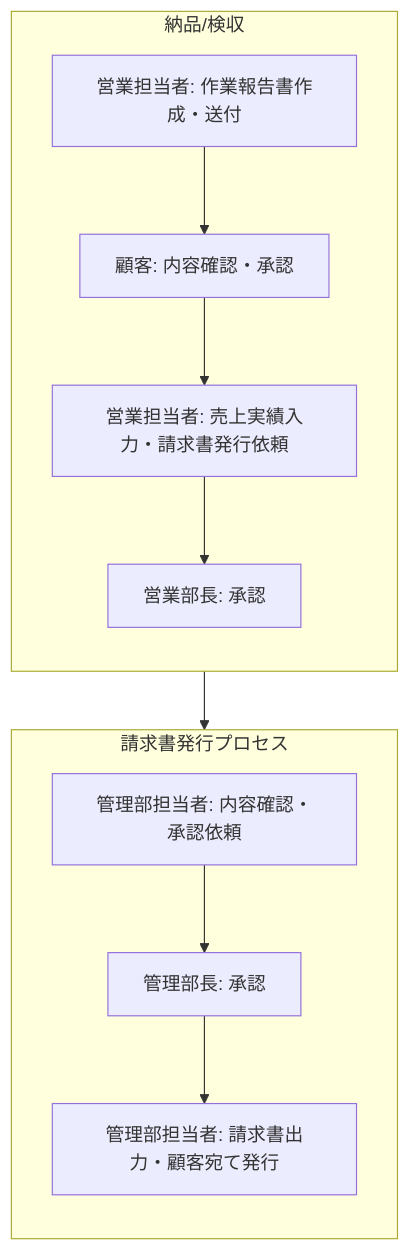
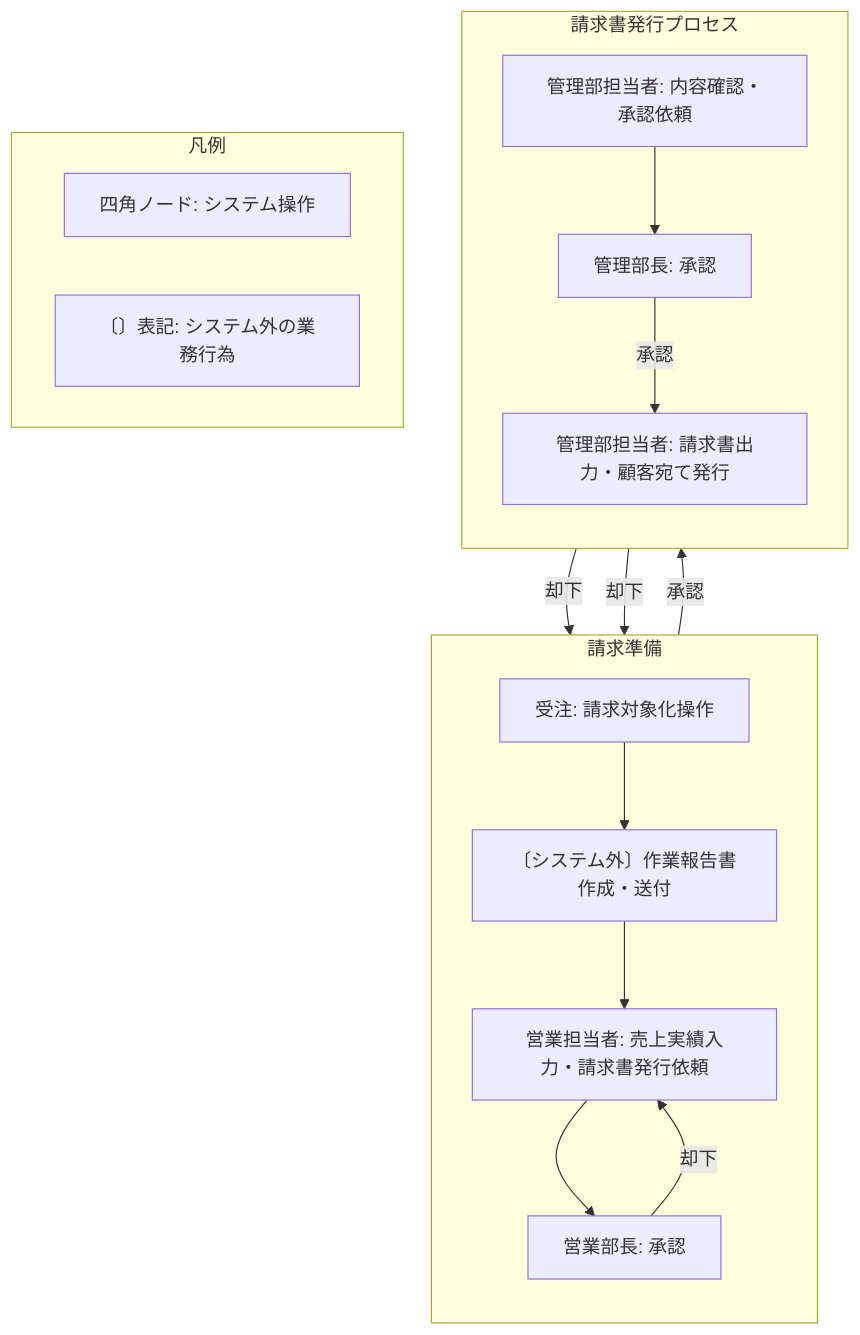
Before and after one commit to aknk8/20260419_transaction: the third of 4 diagrams in requirements_definition.md, drawn with Mermaid. The commit also changed other lines of this file and 36 other files, not shown here.

````diff
--- a/requirements_definition.md
+++ b/requirements_definition.md
@@ -240,23 +259,31 @@
 ```mermaid
 flowchart TD
-    %% 納品・検収
-    subgraph 納品/検収
+    %% 請求準備フェーズ
+    subgraph 請求準備
         direction TB
-        A[営業担当者: 作業報告書作成・送付] --> B[顧客: 内容確認・承認]
+        A[受注: 請求対象化操作] --> B[〔システム外〕作業報告書作成・送付]
         B --> C[営業担当者: 売上実績入力・請求書発行依頼]
         C --> D[営業部長: 承認]
+        D -- 却下 --> C
     end
 
-    %% 受注フェーズ
+    %% 請求書発行プロセス
     subgraph 請求書発行プロセス
         direction TB
-        D --> E[管理部担当者: 内容確認・承認依頼]
+        D -- 承認 --> E[管理部担当者: 内容確認・承認依頼]
+        E -- 却下 --> C
         E --> F[管理部長: 承認]
-        F --> G[管理部担当者: 請求書出力・顧客宛て発行]
+        F -- 承認 --> G[管理部担当者: 請求書出力・顧客宛て発行]
+        F -- 却下 --> C
+    end
+
+    %% 凡例
+    subgraph 凡例
+        direction LR
+        L1[四角ノード: システム操作]
+        L2[〔〕表記: システム外の業務行為]
     end
 
     %% スタイリング（オプション）
     classDef process fill:#f9f9f9,stroke:#333,stroke-width:1px;
-    %% classDef decision fill:#ffebee,stroke:#c62828,stroke-width:2px;
-    class C decision;
 ```
````
